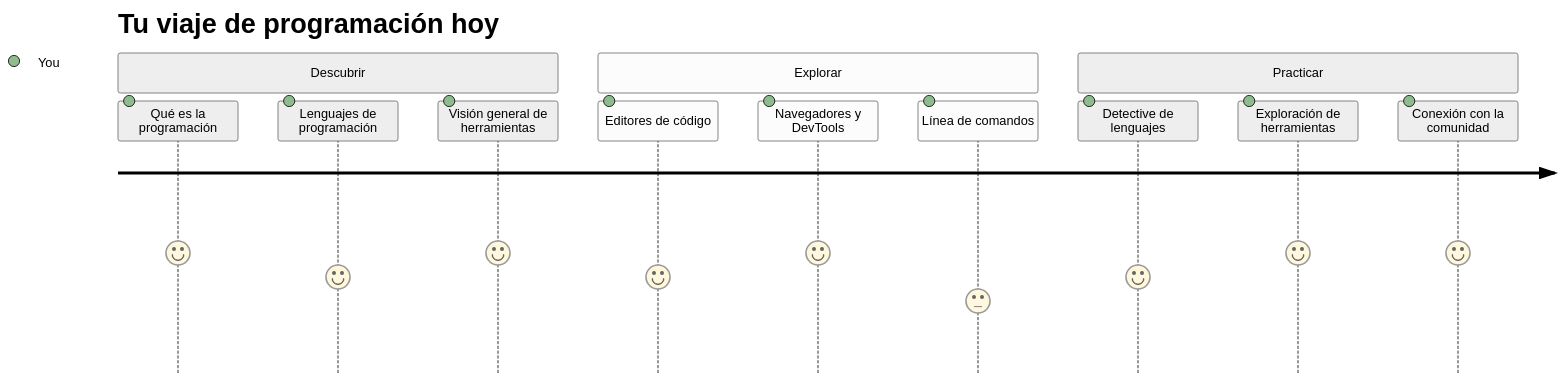
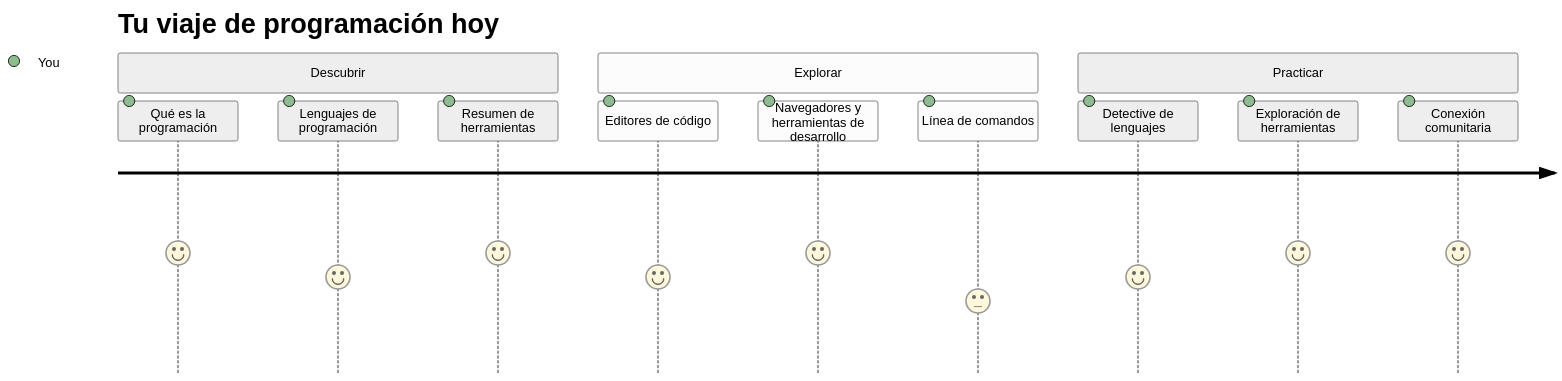
The first of 7 diagrams in translations/es/1-getting-started-lessons/1-intro-to-programming-languages/README.md (microsoft/Web-Dev-For-Beginners), drawn with Mermaid (neutral theme) before and after one commit. The commit also changed other lines of this file and 8 other files, not shown here.

````diff
--- a/translations/es/1-getting-started-lessons/1-intro-to-programming-languages/README.md
+++ b/translations/es/1-getting-started-lessons/1-intro-to-programming-languages/README.md
@@ -14,16 +14,16 @@
 ```mermaid
 journey
     title Tu viaje de programación hoy
     section Descubrir
       Qué es la programación: 5: You
       Lenguajes de programación: 4: You
-      Visión general de herramientas: 5: You
+      Resumen de herramientas: 5: You
     section Explorar
       Editores de código: 4: You
-      Navegadores y DevTools: 5: You
+      Navegadores y herramientas de desarrollo: 5: You
       Línea de comandos: 3: You
     section Practicar
       Detective de lenguajes: 4: You
       Exploración de herramientas: 5: You
-      Conexión con la comunidad: 5: You
+      Conexión comunitaria: 5: You
 ```
````
